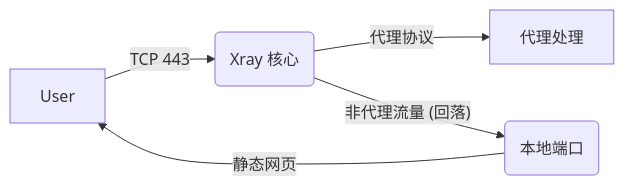
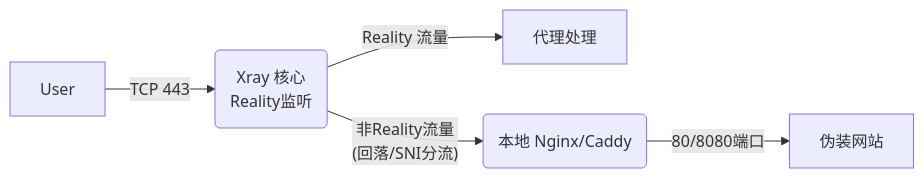
The second of 3 diagrams in docker/sb-xray/docs/traffic-flow.md (currycan/key), drawn with Mermaid before and after one commit. The commit also changed other lines of this file and 4 other files, not shown here.

````diff
--- a/docker/sb-xray/docs/traffic-flow.md
+++ b/docker/sb-xray/docs/traffic-flow.md
@@ -153,7 +172,10 @@
 ```mermaid
 graph LR
-    User -->|TCP 443| Xray(Xray 核心)
-    Xray -- 代理协议 --> Proxy[代理处理]
-    Xray -- "非代理流量 (回落)" --> Nginx(本地端口)
-    Nginx -- 静态网页 --> User
+    User -->|TCP 443| Xray(Xray 核心<br>Reality监听)
+
+    %% Xray 处理逻辑
+    Xray -- "Reality 流量" --> Proxy[代理处理]
+    Xray -- "非Reality流量<br>(回落/SNI分流)" --> LocalWeb(本地 Nginx/Caddy)
+
+    LocalWeb -- "80/8080端口" --> App[伪装网站]
 ```
````
